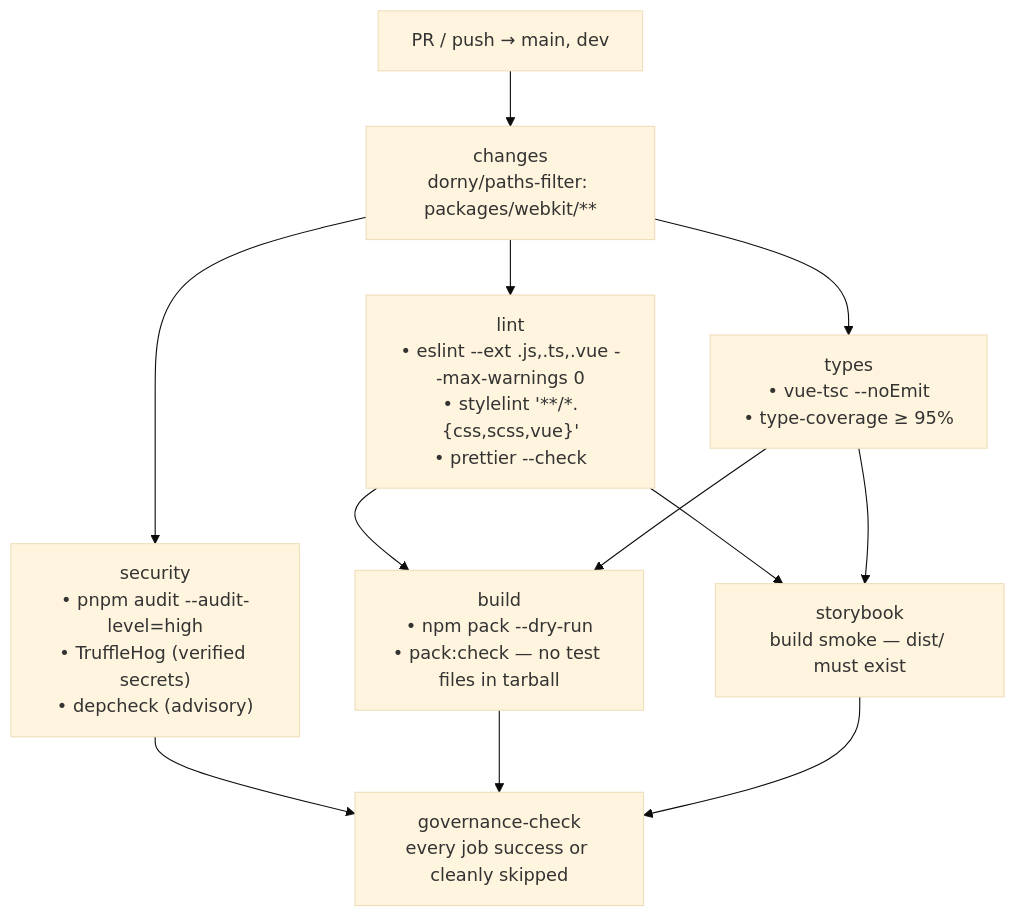
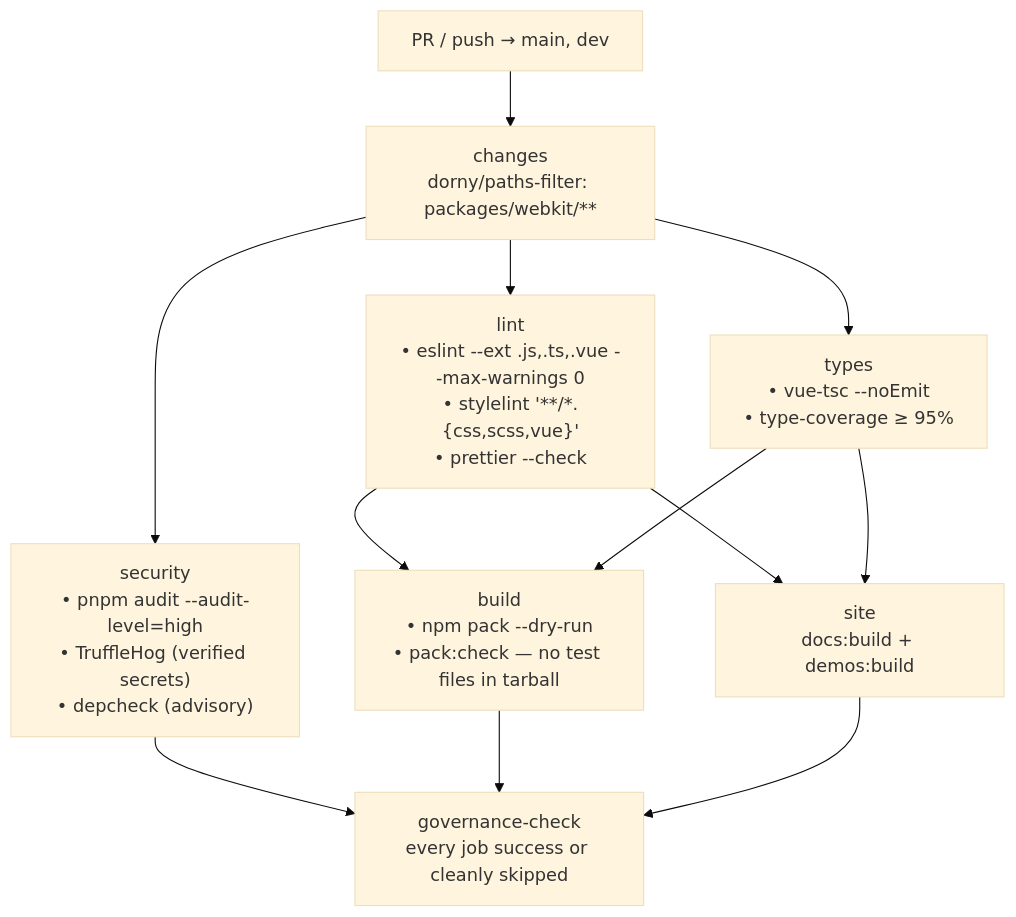
Before and after one commit to aziontech/webkit: the fourth of 4 diagrams in .claude/docs/OVERVIEW_LINT.md, drawn with Mermaid (base theme). The commit also changed other lines of this file and 317 other files, not shown here.

````diff
--- a/.claude/docs/OVERVIEW_LINT.md
+++ b/.claude/docs/OVERVIEW_LINT.md
@@ -245,17 +245,17 @@
 ```mermaid
 flowchart TB
     T["PR / push → main, dev"] --> CH["changes<br/>dorny/paths-filter: packages/webkit/**"]
 
     CH --> LINT["lint<br/>• eslint --ext .js,.ts,.vue --max-warnings 0<br/>• stylelint '**/*.{css,scss,vue}'<br/>• prettier --check"]
     CH --> TY["types<br/>• vue-tsc --noEmit<br/>• type-coverage ≥ 95%"]
     CH --> SEC["security<br/>• pnpm audit --audit-level=high<br/>• TruffleHog (verified secrets)<br/>• depcheck (advisory)"]
 
     LINT --> B["build<br/>• npm pack --dry-run<br/>• pack:check — no test files in tarball"]
     TY --> B
-    LINT --> SB["storybook<br/>build smoke — dist/ must exist"]
+    LINT --> SB["site<br/>docs:build + demos:build"]
     TY --> SB
 
     SEC --> GATE["governance-check<br/>every job success or cleanly skipped"]
     B --> GATE
     SB --> GATE
 ```
````
